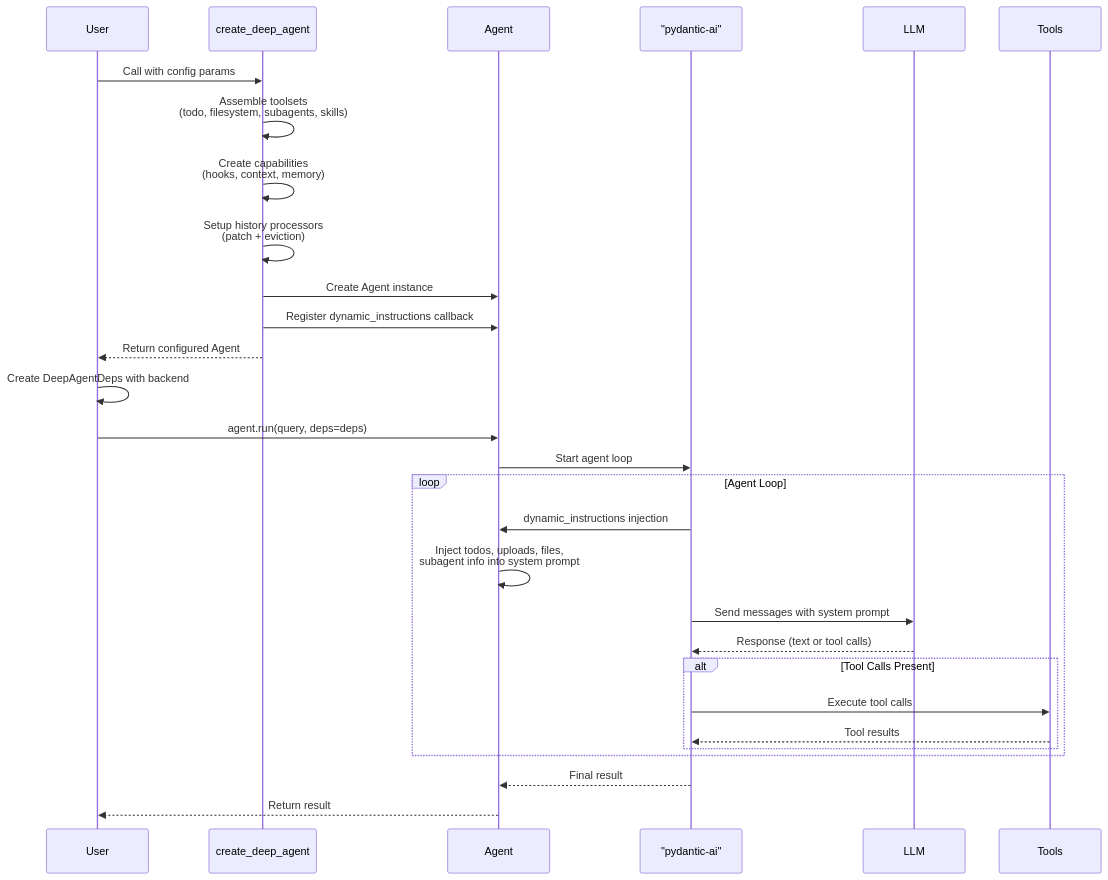
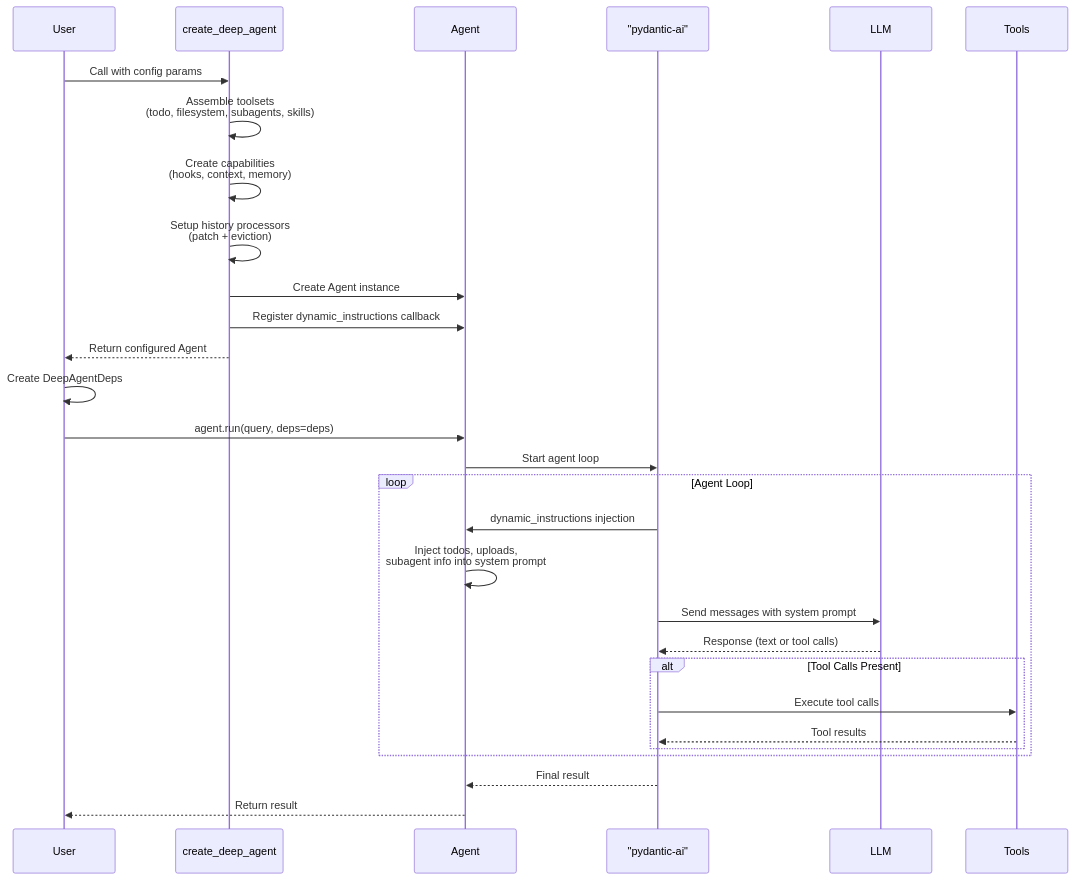
Before and after one commit to vstorm-co/pydantic-deepagents: the first of 9 diagrams in docs/c4/3-workflow-overview.md, drawn with Mermaid. The commit also changed other lines of this file and 68 other files, not shown here.

````diff
--- a/docs/c4/3-workflow-overview.md
+++ b/docs/c4/3-workflow-overview.md
@@ -27,36 +27,36 @@
 ```mermaid
 sequenceDiagram
     participant User
     participant create_deep_agent
     participant Agent
     participant pydantic_ai as "pydantic-ai"
     participant LLM
     participant Tools
 
     User->>create_deep_agent: Call with config params
     create_deep_agent->>create_deep_agent: Assemble toolsets<br/>(todo, filesystem, subagents, skills)
     create_deep_agent->>create_deep_agent: Create capabilities<br/>(hooks, context, memory)
     create_deep_agent->>create_deep_agent: Setup history processors<br/>(patch + eviction)
     create_deep_agent->>Agent: Create Agent instance
     create_deep_agent->>Agent: Register dynamic_instructions callback
     create_deep_agent-->>User: Return configured Agent
 
-    User->>User: Create DeepAgentDeps with backend
+    User->>User: Create DeepAgentDeps
     User->>Agent: agent.run(query, deps=deps)
     Agent->>pydantic_ai: Start agent loop
 
     loop Agent Loop
         pydantic_ai->>Agent: dynamic_instructions injection
-        Agent->>Agent: Inject todos, uploads, files,<br/>subagent info into system prompt
+        Agent->>Agent: Inject todos, uploads,<br/>subagent info into system prompt
         pydantic_ai->>LLM: Send messages with system prompt
         LLM-->>pydantic_ai: Response (text or tool calls)
 
         alt Tool Calls Present
             pydantic_ai->>Tools: Execute tool calls
             Tools-->>pydantic_ai: Tool results
         end
     end
 
     pydantic_ai-->>Agent: Final result
     Agent-->>User: Return result
 ```
````
